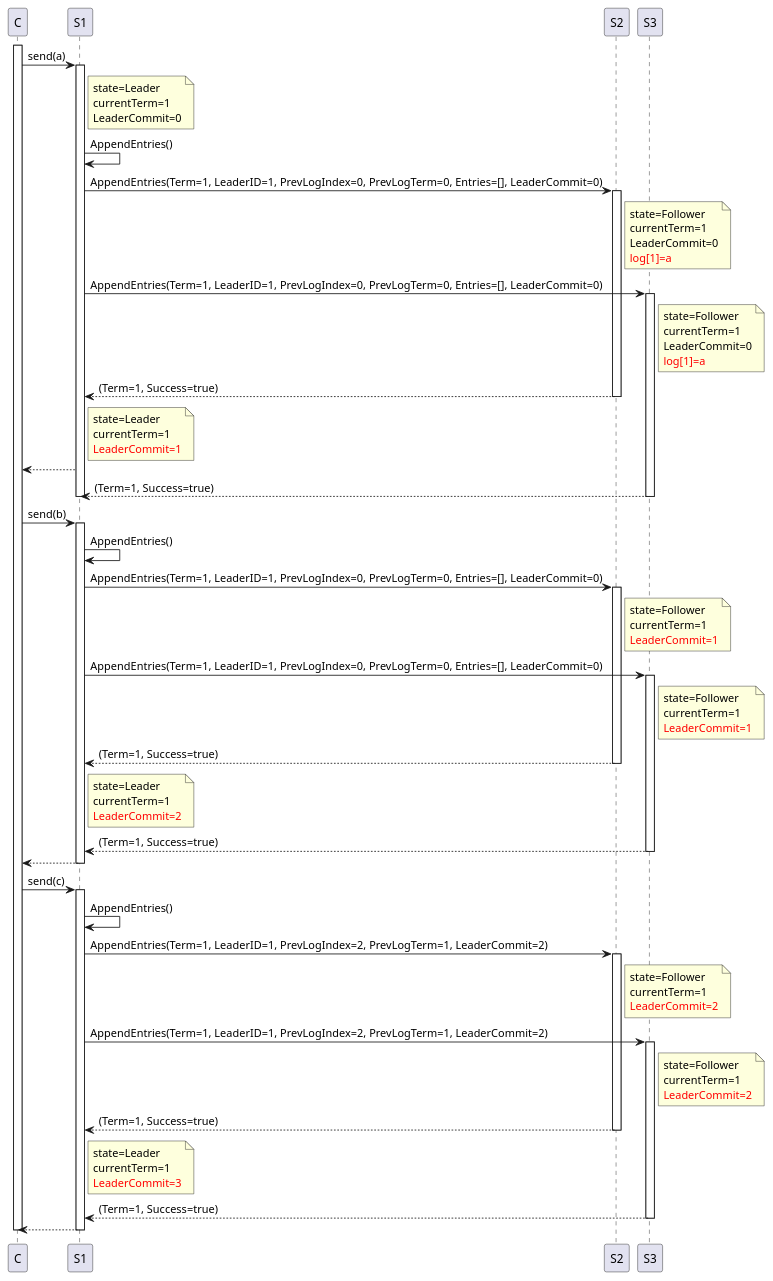
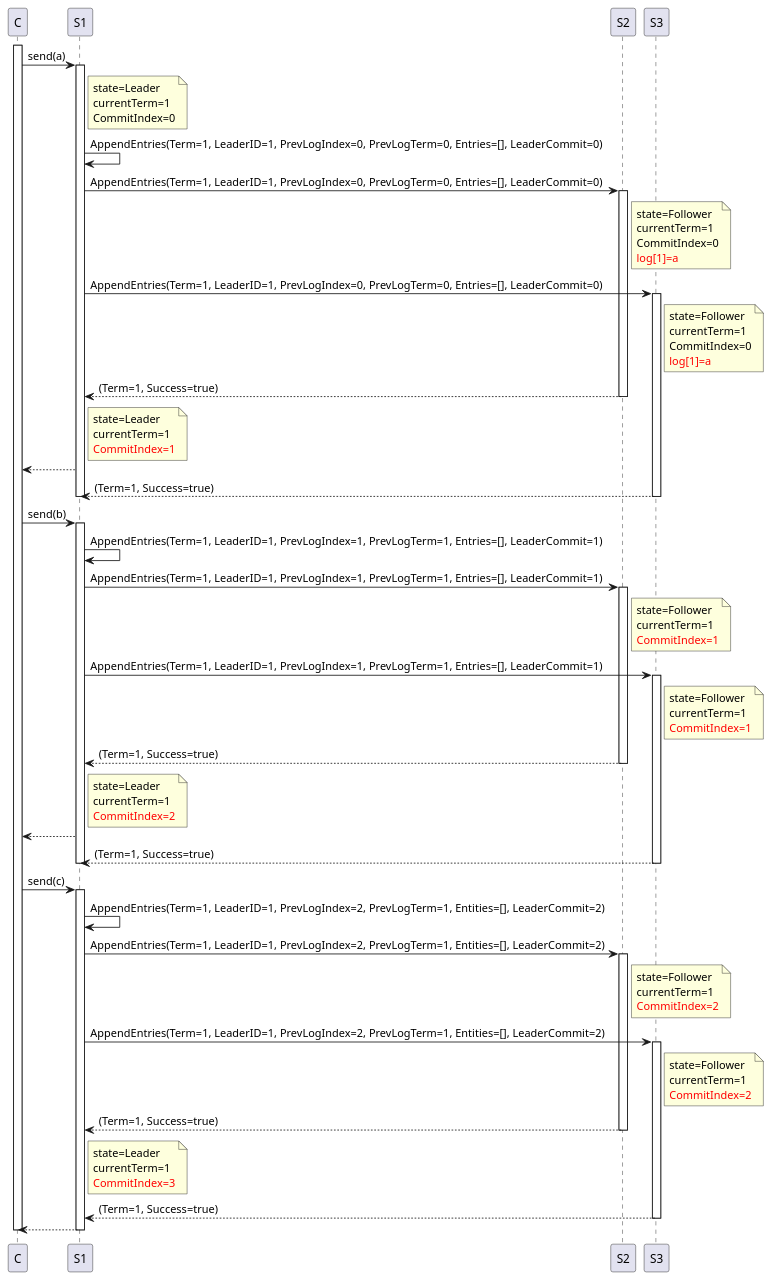
Before and after one commit to nocnob/notfound: the sixth of 7 diagrams in src/pages/posts/distribution-raft.adoc, drawn with PlantUML. The commit also changed other lines of this file, not shown here.

```diff
--- a/src/pages/posts/distribution-raft.adoc
+++ b/src/pages/posts/distribution-raft.adoc
@@ -193,25 +350,24 @@
 note right s1
     state=Leader
     currentTerm=1
-    LeaderCommit=0
+    CommitIndex=0
 end note
-s1 -> s1 : AppendEntries()
+s1 -> s1 : AppendEntries(Term=1, LeaderID=1, PrevLogIndex=0, PrevLogTerm=0, Entries=[], LeaderCommit=0)
 
 s1 -> s2 : AppendEntries(Term=1, LeaderID=1, PrevLogIndex=0, PrevLogTerm=0, Entries=[], LeaderCommit=0)
 note right s2
     state=Follower
     currentTerm=1
-    LeaderCommit=0
+    CommitIndex=0
     <font color=red>log[1]=a
 end note
 activate s2
-
 s1 -> s3 : AppendEntries(Term=1, LeaderID=1, PrevLogIndex=0, PrevLogTerm=0, Entries=[], LeaderCommit=0)
 activate s3
 note right s3
     state=Follower
     currentTerm=1
-    LeaderCommit=0
+    CommitIndex=0
     <font color=red>log[1]=a
 end note
 s1 <-- s2 : (Term=1, Success=true)
@@ -220,68 +376,65 @@
 note right s1
     state=Leader
     currentTerm=1
-    <font color=red>LeaderCommit=1
+    <font color=red>CommitIndex=1
 end note
 c <-- s1
 s1 <-- s3 : (Term=1, Success=true)
 deactivate s3
 deactivate s1
 
-
 c -> s1 : send(b)
 activate s1
-s1 -> s1 : AppendEntries()
-s1 -> s2 : AppendEntries(Term=1, LeaderID=1, PrevLogIndex=0, PrevLogTerm=0, Entries=[], LeaderCommit=0)
+s1 -> s1 : AppendEntries(Term=1, LeaderID=1, PrevLogIndex=1, PrevLogTerm=1, Entries=[], LeaderCommit=1)
+s1 -> s2 : AppendEntries(Term=1, LeaderID=1, PrevLogIndex=1, PrevLogTerm=1, Entries=[], LeaderCommit=1)
 activate s2
 note right s2
     state=Follower
     currentTerm=1
-    <font color=red>LeaderCommit=1
+    <font color=red>CommitIndex=1
 end note
-
-s1 -> s3 : AppendEntries(Term=1, LeaderID=1, PrevLogIndex=0, PrevLogTerm=0, Entries=[], LeaderCommit=0)
+s1 -> s3 : AppendEntries(Term=1, LeaderID=1, PrevLogIndex=1, PrevLogTerm=1, Entries=[], LeaderCommit=1)
 activate s3
 note right s3
     state=Follower
     currentTerm=1
-    <font color=red>LeaderCommit=1
+    <font color=red>CommitIndex=1
 end note
 s1 <-- s2 : (Term=1, Success=true)
 deactivate s2
 note right s1
     state=Leader
     currentTerm=1
-    <font color=red>LeaderCommit=2
+    <font color=red>CommitIndex=2
 end note
+c <-- s1
 s1 <-- s3 : (Term=1, Success=true)
 deactivate s3
-c <-- s1
 deactivate s1
 
 c -> s1 : send(c)
 activate s1
-s1 -> s1 : AppendEntries()
-s1 -> s2 : AppendEntries(Term=1, LeaderID=1, PrevLogIndex=2, PrevLogTerm=1, LeaderCommit=2)
+s1 -> s1 : AppendEntries(Term=1, LeaderID=1, PrevLogIndex=2, PrevLogTerm=1, Entities=[], LeaderCommit=2)
+s1 -> s2 : AppendEntries(Term=1, LeaderID=1, PrevLogIndex=2, PrevLogTerm=1, Entities=[], LeaderCommit=2)
 activate s2
 note right s2
     state=Follower
     currentTerm=1
-    <font color=red>LeaderCommit=2
+    <font color=red>CommitIndex=2
 end note
-
-s1 -> s3 : AppendEntries(Term=1, LeaderID=1, PrevLogIndex=2, PrevLogTerm=1, LeaderCommit=2)
+s1 -> s3 : AppendEntries(Term=1, LeaderID=1, PrevLogIndex=2, PrevLogTerm=1, Entities=[], LeaderCommit=2)
 activate s3
 note right s3
     state=Follower
     currentTerm=1
-    <font color=red>LeaderCommit=2
+    <font color=red>CommitIndex=2
 end note
 s1 <-- s2 : (Term=1, Success=true)
 deactivate s2
 note right s1
     state=Leader
     currentTerm=1
-    <font color=red>LeaderCommit=3
+    <font color=red>CommitIndex=3
 end note
 s1 <-- s3 : (Term=1, Success=true)
 deactivate s3
```
